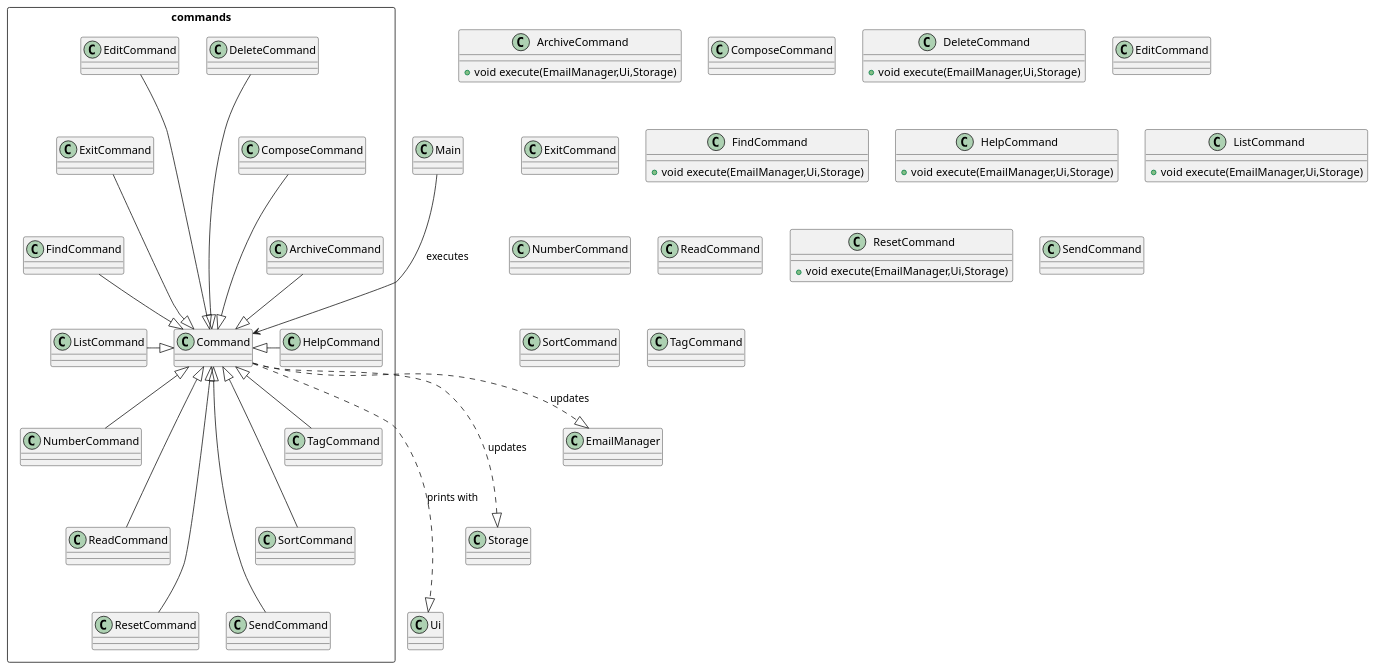
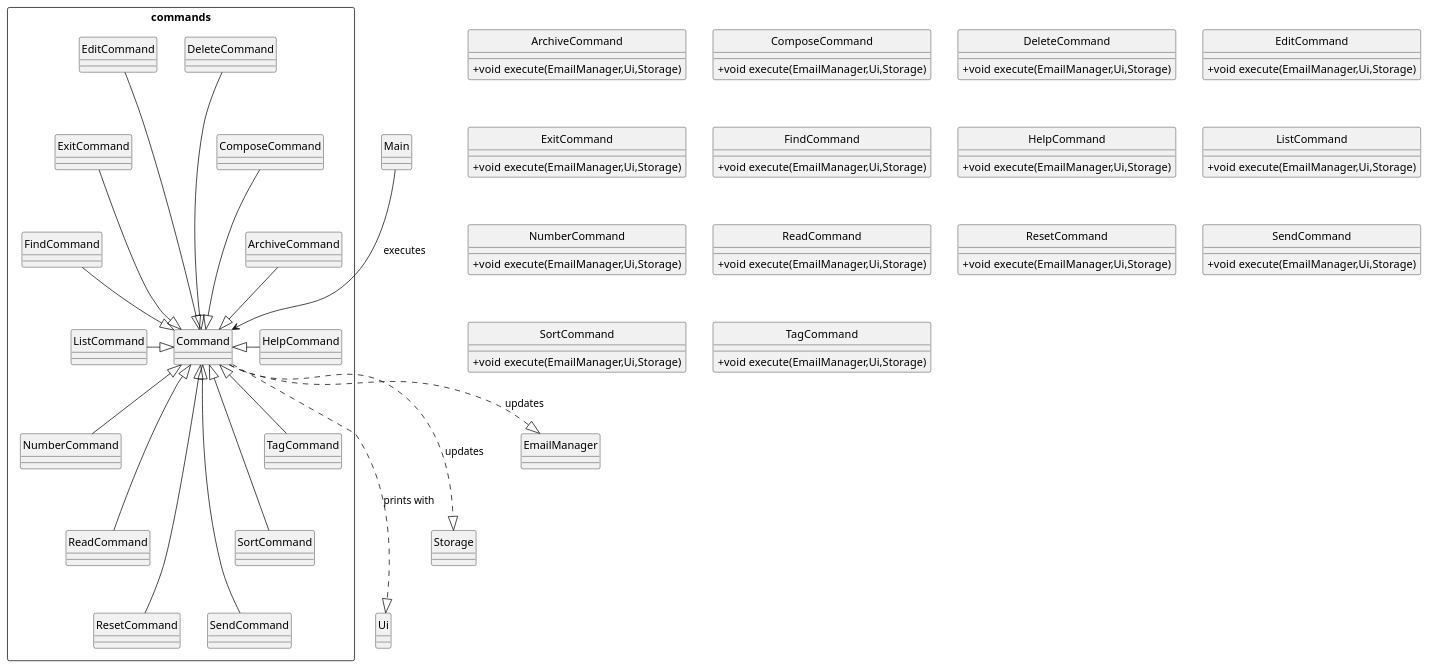
Before and after one commit to yanli1215/tp: the diagram in docs/UML diagrams/CommandClassDiagram.puml, drawn with PlantUML. The commit also changed 14 other files, not shown here.

Commit message:
Update developer guide with architect explanation, tag implementation.

```diff
--- a/docs/UML diagrams/CommandClassDiagram.puml
+++ b/docs/UML diagrams/CommandClassDiagram.puml
@@ -1,98 +1,101 @@
 @startuml
 'https://plantuml.com/class-diagram
+
+hide circle
+skinparam classAttributeIconSize 0
 
 package commands <<rectangle>>{
 class Command
 class ArchiveCommand
 class ComposeCommand
 class DeleteCommand
 class EditCommand
 class ExitCommand
 class FindCommand
 class HelpCommand
 class ListCommand
 class NumberCommand
 class ReadCommand
 class ResetCommand
 class SendCommand
 class SortCommand
 class TagCommand
 }
 
 Main ---> Command: executes
 ArchiveCommand -down-|> Command
 ComposeCommand -down--|> Command
 DeleteCommand -down---|> Command
 EditCommand -down---|> Command
 ExitCommand -down--|> Command
 FindCommand -down-|> Command
 HelpCommand -left-|> Command
 ListCommand -right-|> Command
 NumberCommand -up-|> Command
 ReadCommand -up--|> Command
 ResetCommand -up---|> Command
 SendCommand -up---|> Command
 SortCommand -up--|> Command
 TagCommand -up-|> Command
 
 Command ....|> Ui: prints with
 Command ...|> Storage: updates
 Command ..|> EmailManager: updates
 
 class ArchiveCommand{
 + void execute(EmailManager,Ui,Storage)
 }
 
 class ComposeCommand{
-
++ void execute(EmailManager,Ui,Storage)
 }
 
 class DeleteCommand{
 + void execute(EmailManager,Ui,Storage)
 }
 
 class EditCommand{
-
++ void execute(EmailManager,Ui,Storage)
 }
 
 class ExitCommand{
-
++ void execute(EmailManager,Ui,Storage)
 }
 
 class FindCommand{
 + void execute(EmailManager,Ui,Storage)
 }
 
 class HelpCommand{
 + void execute(EmailManager,Ui,Storage)
 }
 
 class ListCommand{
 + void execute(EmailManager,Ui,Storage)
 }
 
 class NumberCommand{
-
++ void execute(EmailManager,Ui,Storage)
 }
 
 class ReadCommand{
-
++ void execute(EmailManager,Ui,Storage)
 }
 
 class ResetCommand{
 + void execute(EmailManager,Ui,Storage)
 }
 
 class SendCommand{
-
++ void execute(EmailManager,Ui,Storage)
 }
 
 class SortCommand{
-
++ void execute(EmailManager,Ui,Storage)
 }
 
 class TagCommand{
-
++ void execute(EmailManager,Ui,Storage)
 }
 
 @enduml
```
